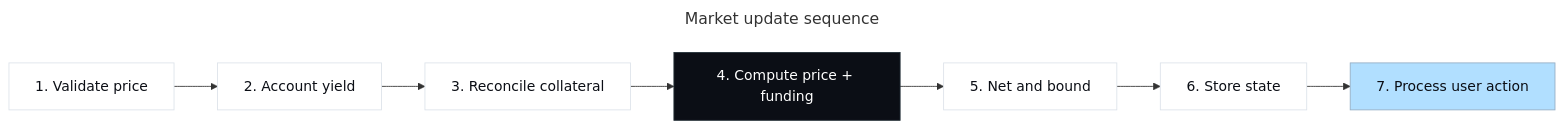
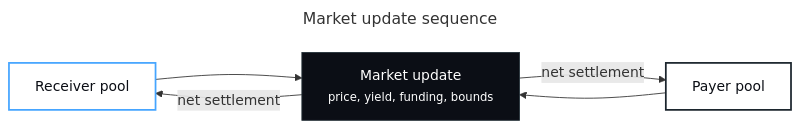
Before and after one commit to Null-Solutions/v1-docs: the diagram in diagrams/market-update-sequence.mmd, drawn with Mermaid. The commit also changed 11 other files, not shown here.

Commit message:
Simplify docs diagrams around two pools

```diff
--- a/diagrams/market-update-sequence.mmd
+++ b/diagrams/market-update-sequence.mmd
@@ -1,20 +1,19 @@
 ---
 title: Market update sequence
 ---
 flowchart LR
-  price["1. Validate price"]
-  yield["2. Account yield"]
-  reconcile["3. Reconcile collateral"]
-  compute["4. Compute price + funding"]
-  net["5. Net and bound"]
-  store["6. Store state"]
-  action["7. Process user action"]
+  receiver["Receiver pool"]
+  update["Market update<br/><small>price, yield, funding, bounds</small>"]
+  payer["Payer pool"]
 
-  price --> yield --> reconcile --> compute --> net --> store --> action
+  receiver --> update
+  payer --> update
+  update -- "net settlement" --> receiver
+  update -- "net settlement" --> payer
 
-  classDef dark fill:#0B0E15,color:#FFFFFF,stroke:#243038,stroke-width:1px;
-  classDef soft fill:#FFFFFF,color:#0B0E15,stroke:#DDE3EA,stroke-width:1px;
-  classDef accent fill:#B1DFFF,color:#0B0E15,stroke:#96AEC4,stroke-width:1px;
-  class compute dark;
-  class price,yield,reconcile,net,store soft;
-  class action accent;
+  classDef receiver fill:#FFFFFF,color:#0B0E15,stroke:#45A5FF,stroke-width:2px;
+  classDef payer fill:#FFFFFF,color:#0B0E15,stroke:#1B252D,stroke-width:2px;
+  classDef core fill:#0B0E15,color:#FFFFFF,stroke:#243038,stroke-width:1px;
+  class receiver receiver;
+  class payer payer;
+  class update core;
```
